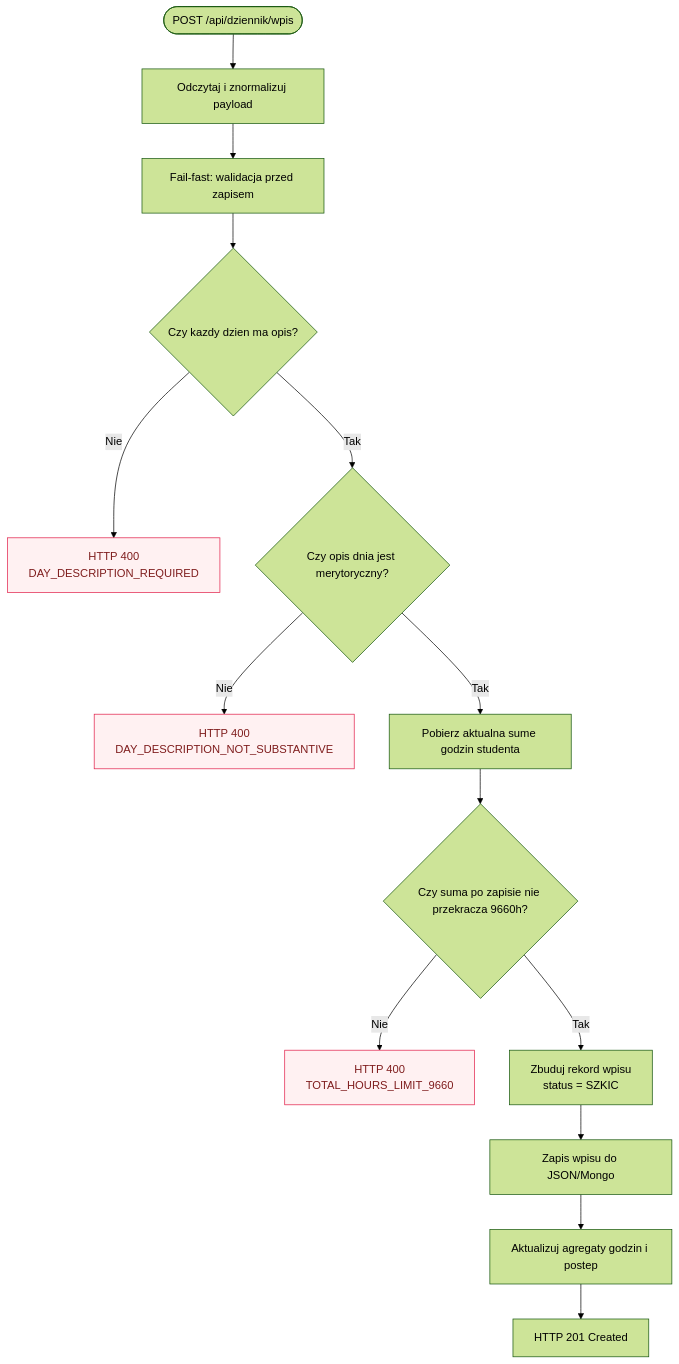
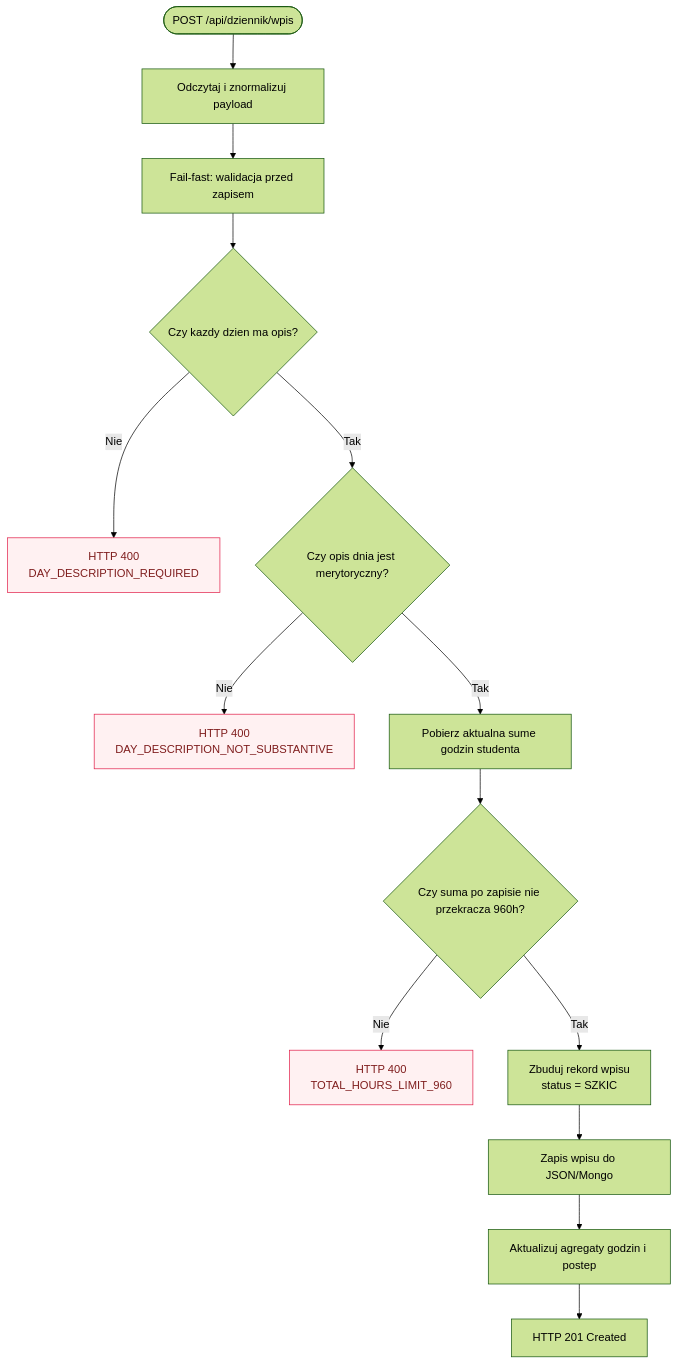
The diagram in documentation/diagrams/diagrams_code/Flow_Business_Logic_Validation.mmd (kacprow21324/flask-app-form), drawn with Mermaid (forest theme) before and after one commit. The commit also changed 148 other files, not shown here.

```diff
--- a/documentation/diagrams/diagrams_code/Flow_Business_Logic_Validation.mmd
+++ b/documentation/diagrams/diagrams_code/Flow_Business_Logic_Validation.mmd
@@ -1,20 +1,20 @@
 flowchart TD
     A([POST /api/dziennik/wpis]) --> B[Odczytaj i znormalizuj payload]
     B --> C[Fail-fast: walidacja przed zapisem]
 
     C --> D{Czy kazdy dzien ma opis?}
     D -- Nie --> E1[HTTP 400<br/>DAY_DESCRIPTION_REQUIRED]
     D -- Tak --> E{Czy opis dnia jest merytoryczny?}
 
     E -- Nie --> E2[HTTP 400<br/>DAY_DESCRIPTION_NOT_SUBSTANTIVE]
     E -- Tak --> F[Pobierz aktualna sume godzin studenta]
-    F --> G{Czy suma po zapisie nie przekracza 9660h?}
+    F --> G{Czy suma po zapisie nie przekracza 960h?}
 
-    G -- Nie --> E3[HTTP 400<br/>TOTAL_HOURS_LIMIT_9660]
+    G -- Nie --> E3[HTTP 400<br/>TOTAL_HOURS_LIMIT_960]
     G -- Tak --> H[Zbuduj rekord wpisu<br/>status = SZKIC]
     H --> I[Zapis wpisu do JSON/Mongo]
     I --> J[Aktualizuj agregaty godzin i postep]
     J --> K[HTTP 201 Created]
 
     classDef err fill:#fff1f2,stroke:#e11d48,color:#7f1d1d,stroke-width:1px;
     class E1,E2,E3 err;
```
